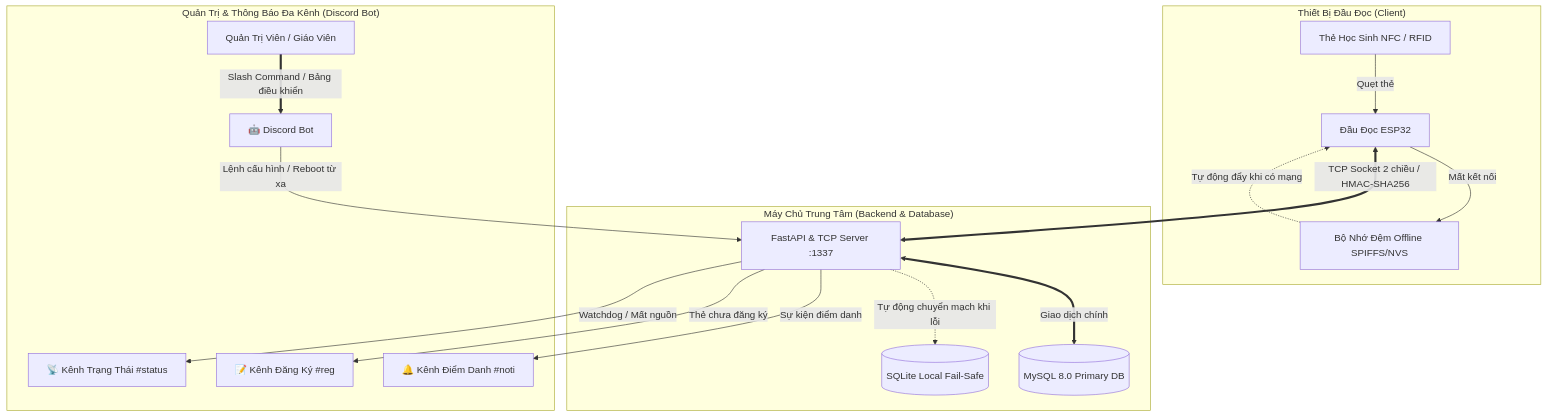
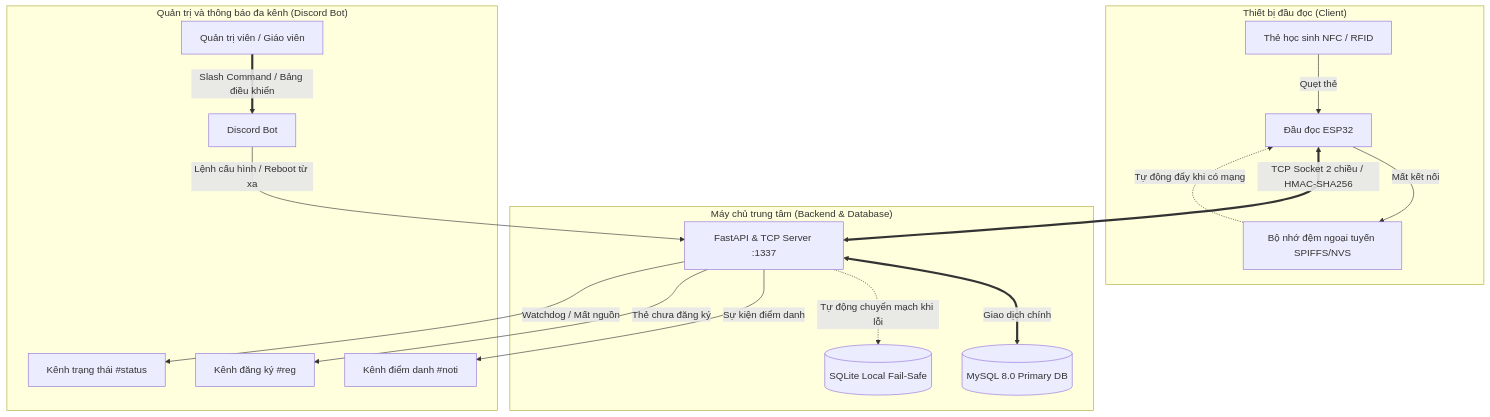
One commit to TimelessPrime/nfcschoolauth changed the diagram in README.md. Above: the diagram before and after it, drawn with Mermaid. The commit also changed other lines of this file, not shown here.

````diff
--- a/README.md
+++ b/README.md
@@ -9,22 +9,22 @@
 ```mermaid
 graph TD
-    subgraph "Thiết Bị Đầu Đọc (Client)"
-        NFC[Thẻ Học Sinh NFC / RFID] -->|Quẹt thẻ| ESP32[Đầu Đọc ESP32]
-        ESP32 -->|Mất kết nối| BUFFER[Bộ Nhớ Đệm Offline SPIFFS/NVS]
+    subgraph "Thiết bị đầu đọc (Client)"
+        NFC[Thẻ học sinh NFC / RFID] -->|Quẹt thẻ| ESP32[Đầu đọc ESP32]
+        ESP32 -->|Mất kết nối| BUFFER[Bộ nhớ đệm ngoại tuyến SPIFFS/NVS]
         BUFFER -.->|Tự động đẩy khi có mạng| ESP32
     end
 
-    subgraph "Máy Chủ Trung Tâm (Backend & Database)"
+    subgraph "Máy chủ trung tâm (Backend & Database)"
         ESP32 <==>|TCP Socket 2 chiều / HMAC-SHA256| BACKEND[FastAPI & TCP Server :1337]
         BACKEND <==>|Giao dịch chính| MYSQL[(MySQL 8.0 Primary DB)]
         BACKEND -.->|Tự động chuyển mạch khi lỗi| SQLITE[(SQLite Local Fail-Safe)]
     end
 
-    subgraph "Quản Trị & Thông Báo Đa Kênh (Discord Bot)"
-        BACKEND -->|Sự kiện điểm danh| NOTI[🔔 Kênh Điểm Danh #noti]
-        BACKEND -->|Thẻ chưa đăng ký| REG[📝 Kênh Đăng Ký #reg]
-        BACKEND -->|Watchdog / Mất nguồn| STATUS[📡 Kênh Trạng Thái #status]
-        ADMIN[Quản Trị Viên / Giáo Viên] ==>|Slash Command / Bảng điều khiển| BOT[🤖 Discord Bot]
+    subgraph "Quản trị và thông báo đa kênh (Discord Bot)"
+        BACKEND -->|Sự kiện điểm danh| NOTI[Kênh điểm danh #noti]
+        BACKEND -->|Thẻ chưa đăng ký| REG[Kênh đăng ký #reg]
+        BACKEND -->|Watchdog / Mất nguồn| STATUS[Kênh trạng thái #status]
+        ADMIN[Quản trị viên / Giáo viên] ==>|Slash Command / Bảng điều khiển| BOT[Discord Bot]
         BOT -->|Lệnh cấu hình / Reboot từ xa| BACKEND
     end
 ```
````
